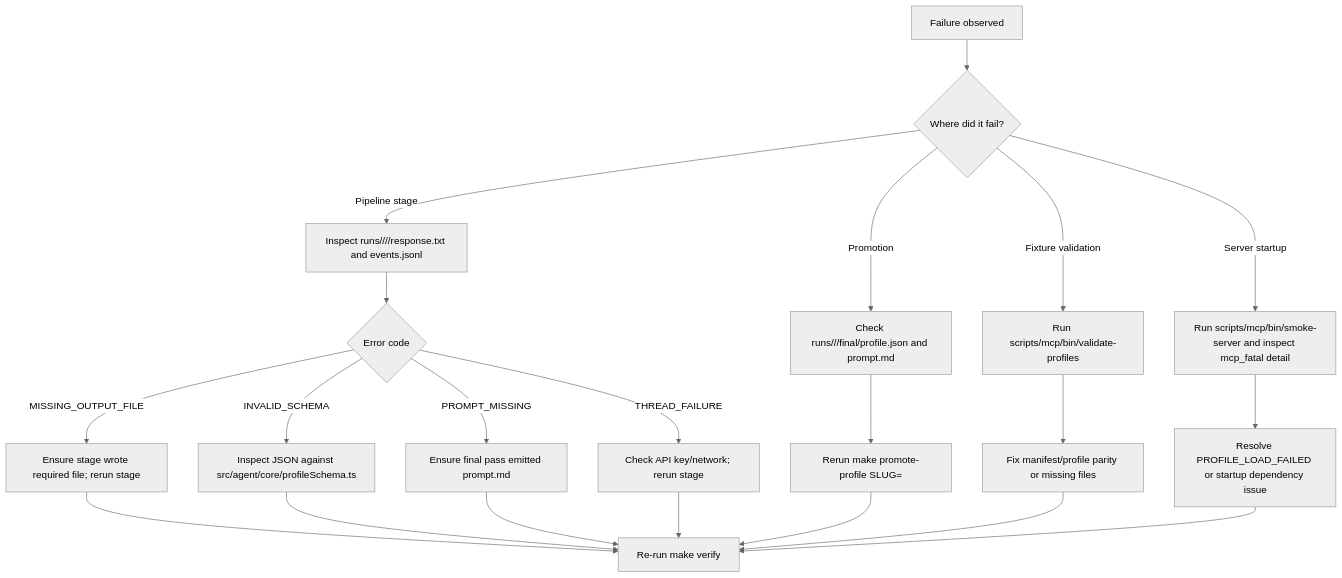
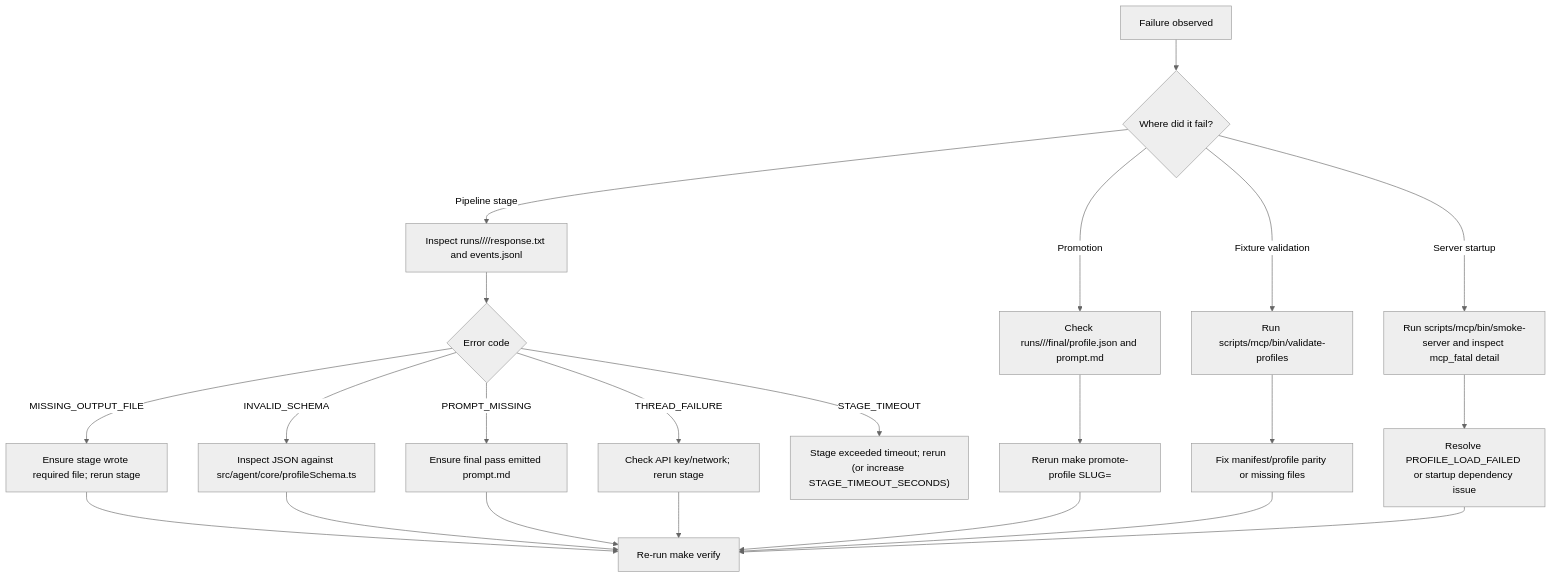
The second of 2 diagrams in OPERATIONS.md (saulrichardson/gov-mcp), drawn with Mermaid (neutral theme) before and after one commit. The commit also changed other lines of this file and 3 other files, not shown here.

````diff
--- a/OPERATIONS.md
+++ b/OPERATIONS.md
@@ -138,26 +145,27 @@
 ```mermaid
 flowchart TD
     A["Failure observed"] --> B{"Where did it fail?"}
     B -->|"Pipeline stage"| C["Inspect runs/<version>/<slug>/<stage>/response.txt and events.jsonl"]
     B -->|"Promotion"| D["Check runs/<version>/<slug>/final/profile.json and prompt.md"]
     B -->|"Fixture validation"| E["Run scripts/mcp/bin/validate-profiles"]
     B -->|"Server startup"| F["Run scripts/mcp/bin/smoke-server and inspect mcp_fatal detail"]
 
     C --> G{"Error code"}
     G -->|"MISSING_OUTPUT_FILE"| H["Ensure stage wrote required file; rerun stage"]
     G -->|"INVALID_SCHEMA"| I["Inspect JSON against src/agent/core/profileSchema.ts"]
     G -->|"PROMPT_MISSING"| J["Ensure final pass emitted prompt.md"]
     G -->|"THREAD_FAILURE"| K["Check API key/network; rerun stage"]
+    G -->|"STAGE_TIMEOUT"| P["Stage exceeded timeout; rerun (or increase STAGE_TIMEOUT_SECONDS)"]
 
     D --> L["Rerun make promote-profile SLUG=<slug>"]
     E --> M["Fix manifest/profile parity or missing files"]
     F --> N["Resolve PROFILE_LOAD_FAILED or startup dependency issue"]
 
     H --> O["Re-run make verify"]
     I --> O
     J --> O
     K --> O
     L --> O
     M --> O
     N --> O
 ```
````
